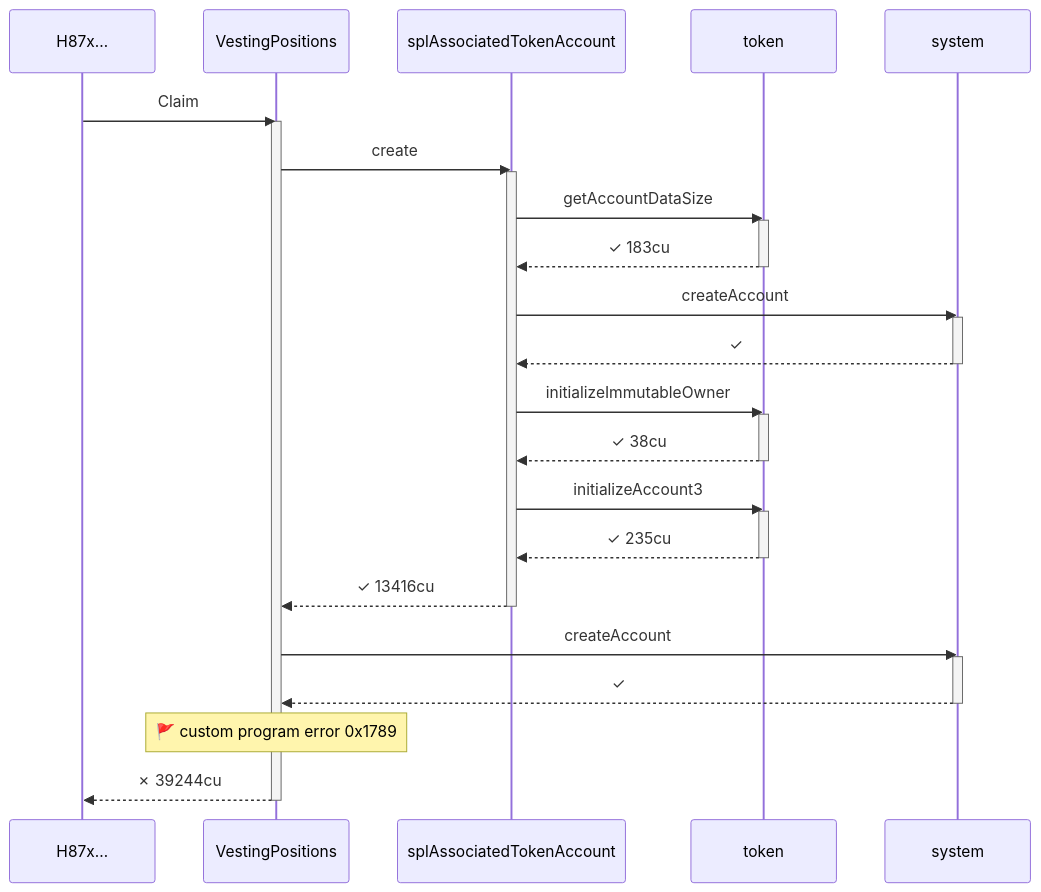
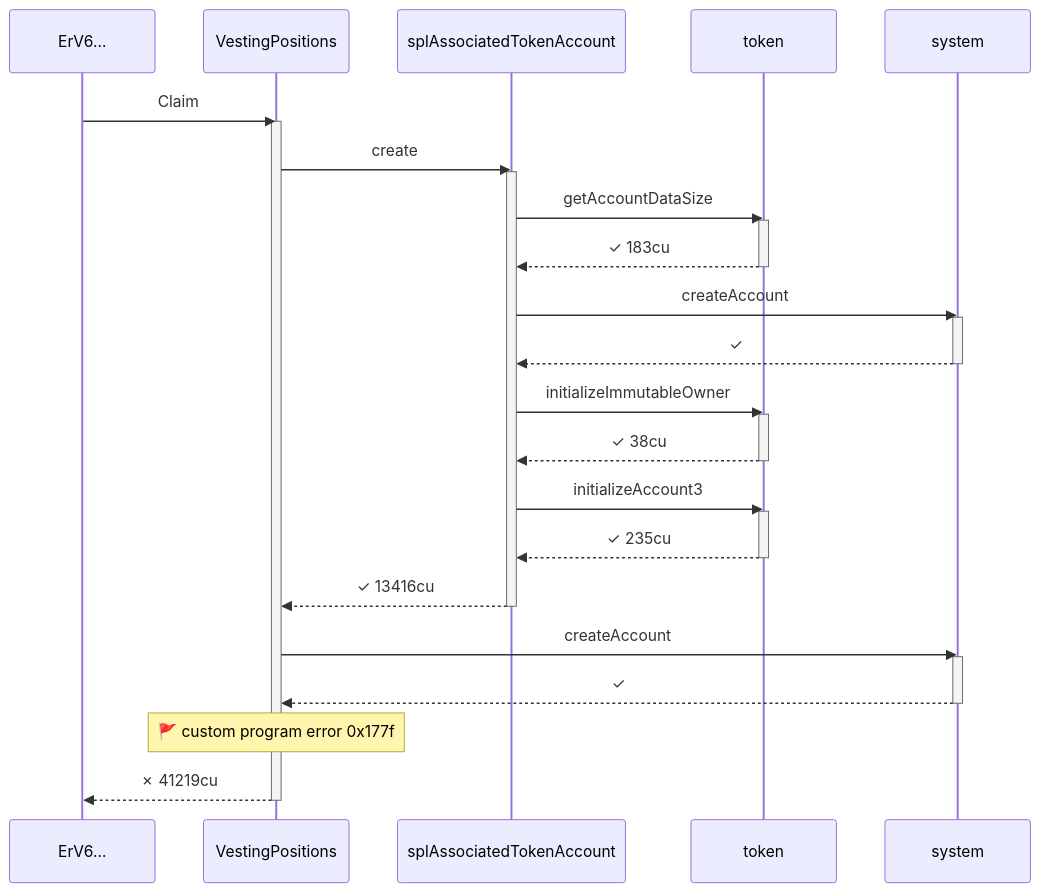
Before and after one commit to cds-turbin3/vesting-position: the first of 3 diagrams in babelfish-tests/test-report/scenario_8_wrong_asset_subsequent_claim_fails.md, drawn with Mermaid. The commit also changed other lines of this file and 50 other files, not shown here.

````diff
--- a/babelfish-tests/test-report/scenario_8_wrong_asset_subsequent_claim_fails.md
+++ b/babelfish-tests/test-report/scenario_8_wrong_asset_subsequent_claim_fails.md
@@ -5,37 +5,37 @@
 ```mermaid
 sequenceDiagram
-    participant p0 as H87x…
+    participant p0 as ErV6…
     participant p1 as VestingPositions
     participant p2 as splAssociatedTokenAccount
     participant p3 as token
     participant p4 as system
     p0->>p1: Claim
     activate p1
     p1->>p2: create
     activate p2
     p2->>p3: getAccountDataSize
     activate p3
     p3-->>p2: ✓ 183cu
     deactivate p3
     p2->>p4: createAccount
     activate p4
     p4-->>p2: ✓
     deactivate p4
     p2->>p3: initializeImmutableOwner
     activate p3
     p3-->>p2: ✓ 38cu
     deactivate p3
     p2->>p3: initializeAccount3
     activate p3
     p3-->>p2: ✓ 235cu
     deactivate p3
     p2-->>p1: ✓ 13416cu
     deactivate p2
     p1->>p4: createAccount
     activate p4
     p4-->>p1: ✓
     deactivate p4
-    note over p1: 🚩 custom program error  0x1789
-    p1-->>p0: ✗ 39244cu
+    note over p1: 🚩 custom program error  0x177f
+    p1-->>p0: ✗ 41219cu
     deactivate p1
 ```
````
